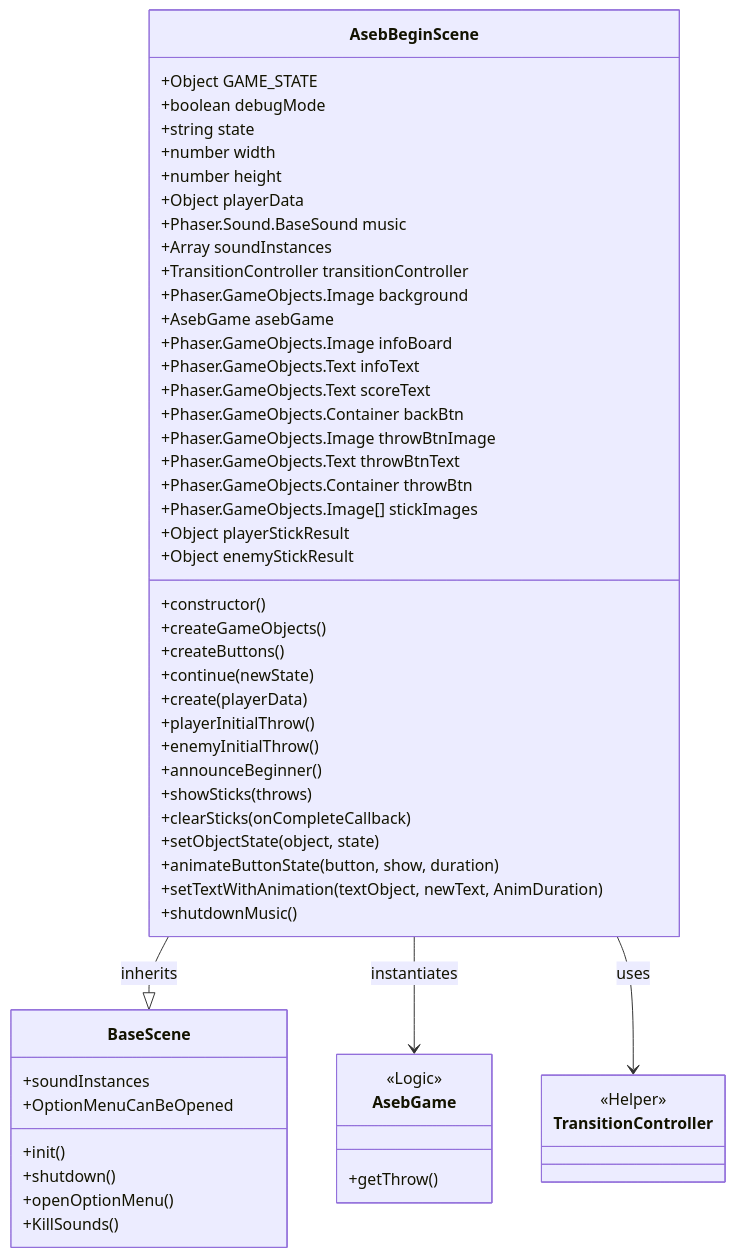
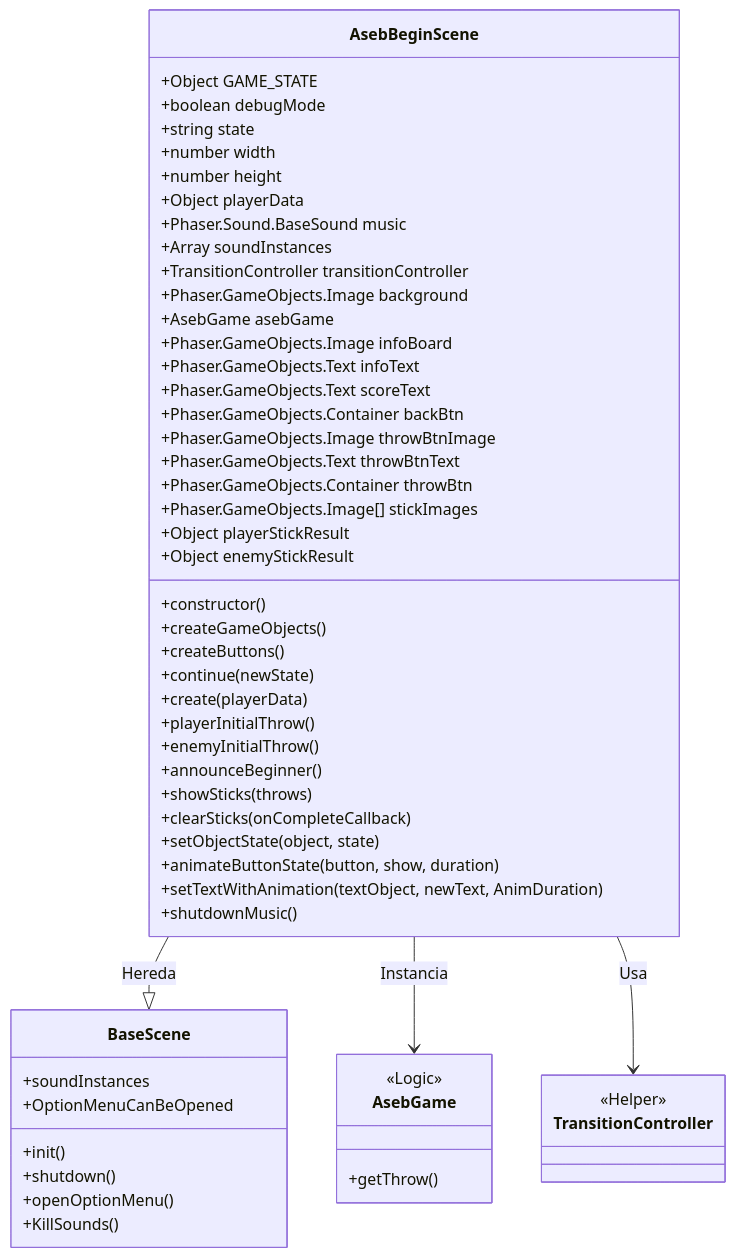
Before and after one commit to MaltenGD/TimeBoxed: diagram 14 of 23 in arquitectura.md, drawn with Mermaid. The commit also changed other lines of this file, not shown here.

````diff
--- a/arquitectura.md
+++ b/arquitectura.md
@@ -205,72 +652,72 @@
 ```mermaid
 classDiagram
     class AsebBeginScene {
         %% Properties defined in constructor
         +Object GAME_STATE
         +boolean debugMode
         +string state
 
         %% Properties defined in create
         +number width
         +number height
         +Object playerData
         +Phaser.Sound.BaseSound music
         +Array soundInstances
         +TransitionController transitionController
         +Phaser.GameObjects.Image background
         +AsebGame asebGame
         
         %% UI Objects
         +Phaser.GameObjects.Image infoBoard
         +Phaser.GameObjects.Text infoText
         +Phaser.GameObjects.Text scoreText
         +Phaser.GameObjects.Container backBtn
         +Phaser.GameObjects.Image throwBtnImage
         +Phaser.GameObjects.Text throwBtnText
         +Phaser.GameObjects.Container throwBtn
         +Phaser.GameObjects.Image[] stickImages
 
         %% Logic variables
         +Object playerStickResult
         +Object enemyStickResult
 
         %% Methods
         +constructor()
         +createGameObjects()
         +createButtons()
         +continue(newState)
         +create(playerData)
         +playerInitialThrow()
         +enemyInitialThrow()
         +announceBeginner()
         +showSticks(throws)
         +clearSticks(onCompleteCallback)
         +setObjectState(object, state)
         +animateButtonState(button, show, duration)
         +setTextWithAnimation(textObject, newText, AnimDuration)
         +shutdownMusic()
     }
 
     class BaseScene {
         +soundInstances
         +OptionMenuCanBeOpened
         +init()
         +shutdown()
         +openOptionMenu()
         +KillSounds()
     }
 
     class AsebGame {
         <<Logic>>
         +getThrow()
     }
 
     class TransitionController {
          <<Helper>>
     }
 
-    AsebBeginScene --|> BaseScene : inherits
-    AsebBeginScene --> AsebGame : instantiates
-    AsebBeginScene --> TransitionController : uses
+    AsebBeginScene --|> BaseScene : Hereda
+    AsebBeginScene --> AsebGame : Instancia
+    AsebBeginScene --> TransitionController : Usa
 
 ```
````
